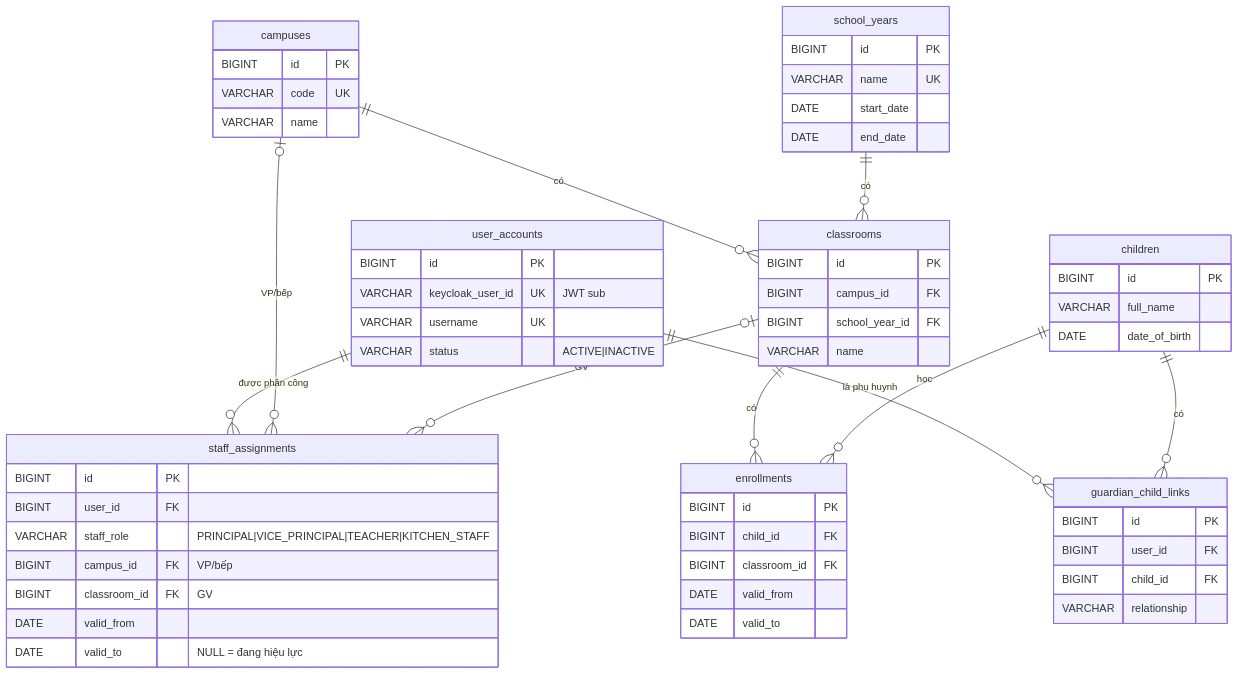
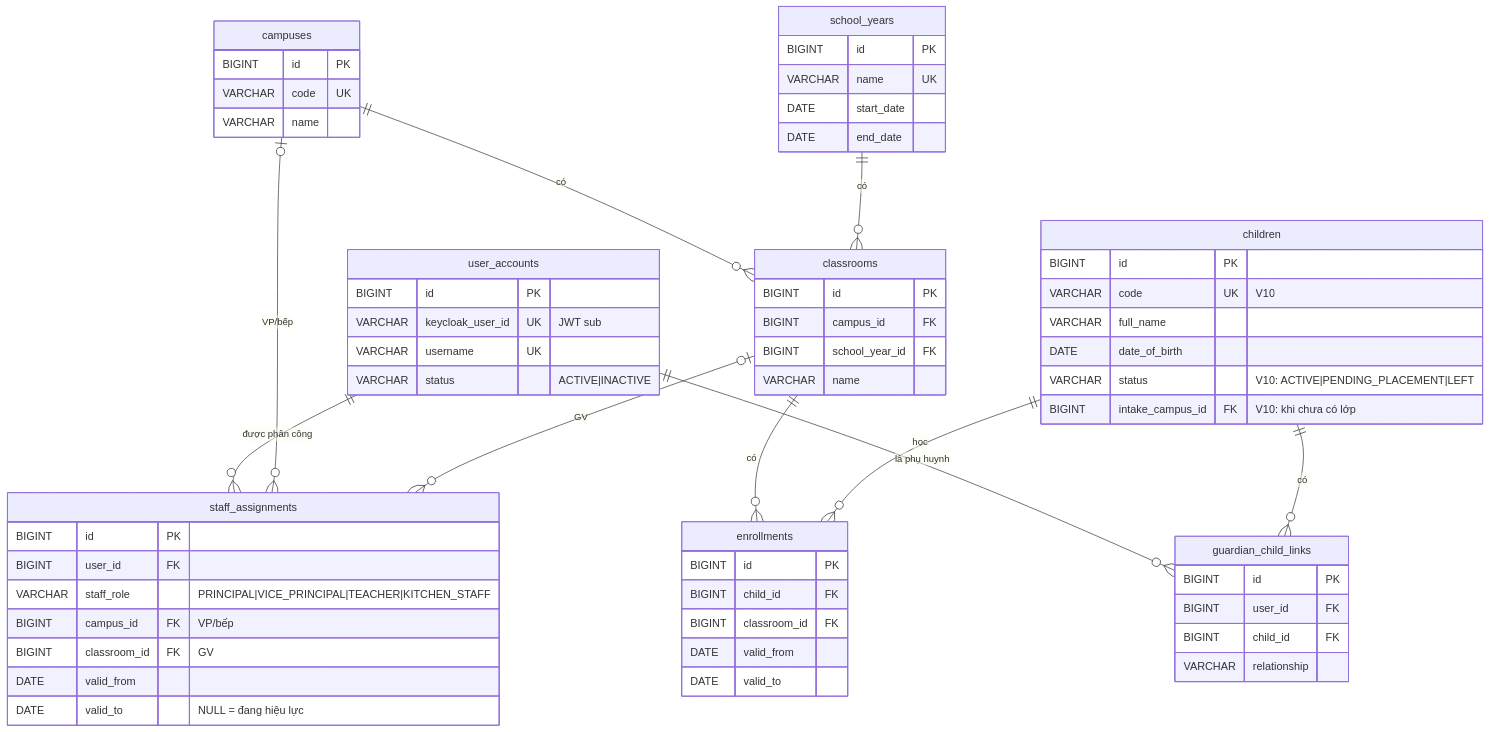
The first of 3 diagrams in docs/database/ERD.md (thang-04/CareNest_BE), drawn with Mermaid before and after one commit. The commit also changed other lines of this file and 16 other files, not shown here.

First line of the commit message:
G94-180: Add child enrollment permissions and V10 schema

````diff
--- a/docs/database/ERD.md
+++ b/docs/database/ERD.md
@@ -7,63 +7,66 @@
 ```mermaid
 erDiagram
     user_accounts ||--o{ staff_assignments : "được phân công"
     user_accounts ||--o{ guardian_child_links : "là phụ huynh"
     campuses ||--o{ classrooms : "có"
     school_years ||--o{ classrooms : "có"
     campuses |o--o{ staff_assignments : "VP/bếp"
     classrooms |o--o{ staff_assignments : "GV"
     classrooms ||--o{ enrollments : "có"
     children ||--o{ enrollments : "học"
     children ||--o{ guardian_child_links : "có"
 
     user_accounts {
         BIGINT id PK
         VARCHAR keycloak_user_id UK "JWT sub"
         VARCHAR username UK
         VARCHAR status "ACTIVE|INACTIVE"
     }
     campuses {
         BIGINT id PK
         VARCHAR code UK
         VARCHAR name
     }
     school_years {
         BIGINT id PK
         VARCHAR name UK
         DATE start_date
         DATE end_date
     }
     classrooms {
         BIGINT id PK
         BIGINT campus_id FK
         BIGINT school_year_id FK
         VARCHAR name
     }
     staff_assignments {
         BIGINT id PK
         BIGINT user_id FK
         VARCHAR staff_role "PRINCIPAL|VICE_PRINCIPAL|TEACHER|KITCHEN_STAFF"
         BIGINT campus_id FK "VP/bếp"
         BIGINT classroom_id FK "GV"
         DATE valid_from
         DATE valid_to "NULL = đang hiệu lực"
     }
     children {
         BIGINT id PK
+        VARCHAR code UK "V10"
         VARCHAR full_name
         DATE date_of_birth
+        VARCHAR status "V10: ACTIVE|PENDING_PLACEMENT|LEFT"
+        BIGINT intake_campus_id FK "V10: khi chưa có lớp"
     }
     enrollments {
         BIGINT id PK
         BIGINT child_id FK
         BIGINT classroom_id FK
         DATE valid_from
         DATE valid_to
     }
     guardian_child_links {
         BIGINT id PK
         BIGINT user_id FK
         BIGINT child_id FK
         VARCHAR relationship
     }
 ```
````
